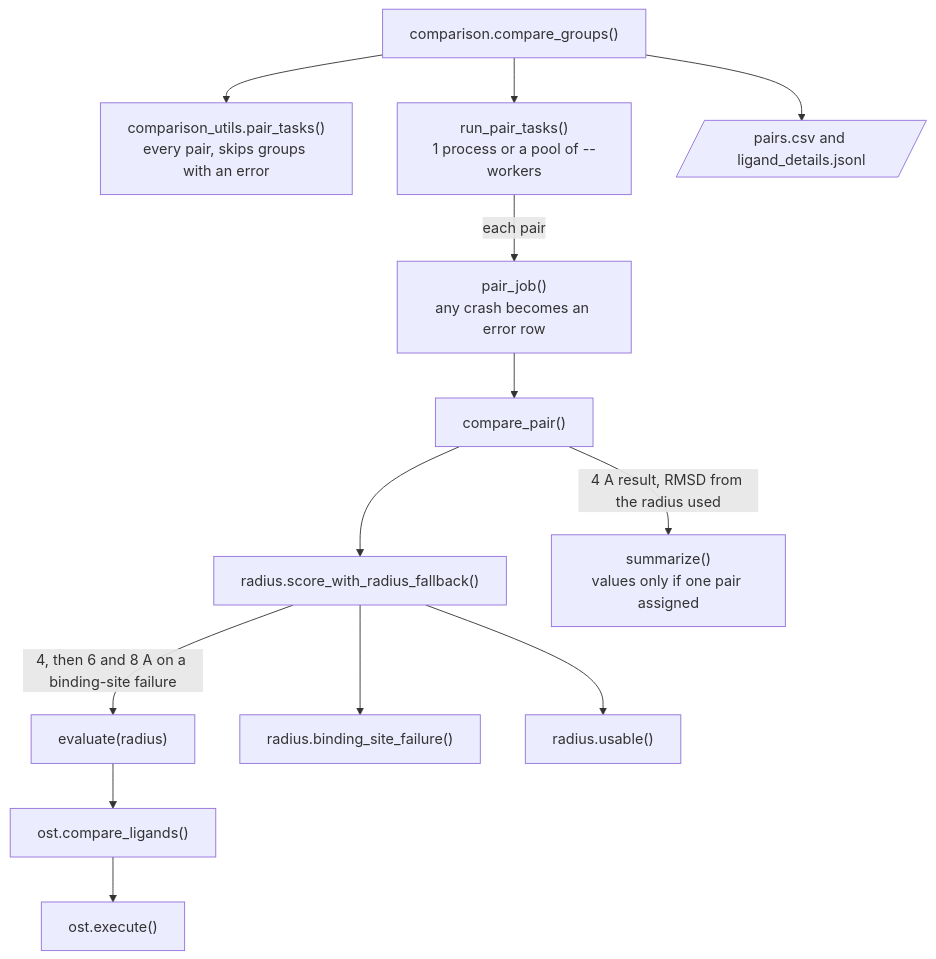
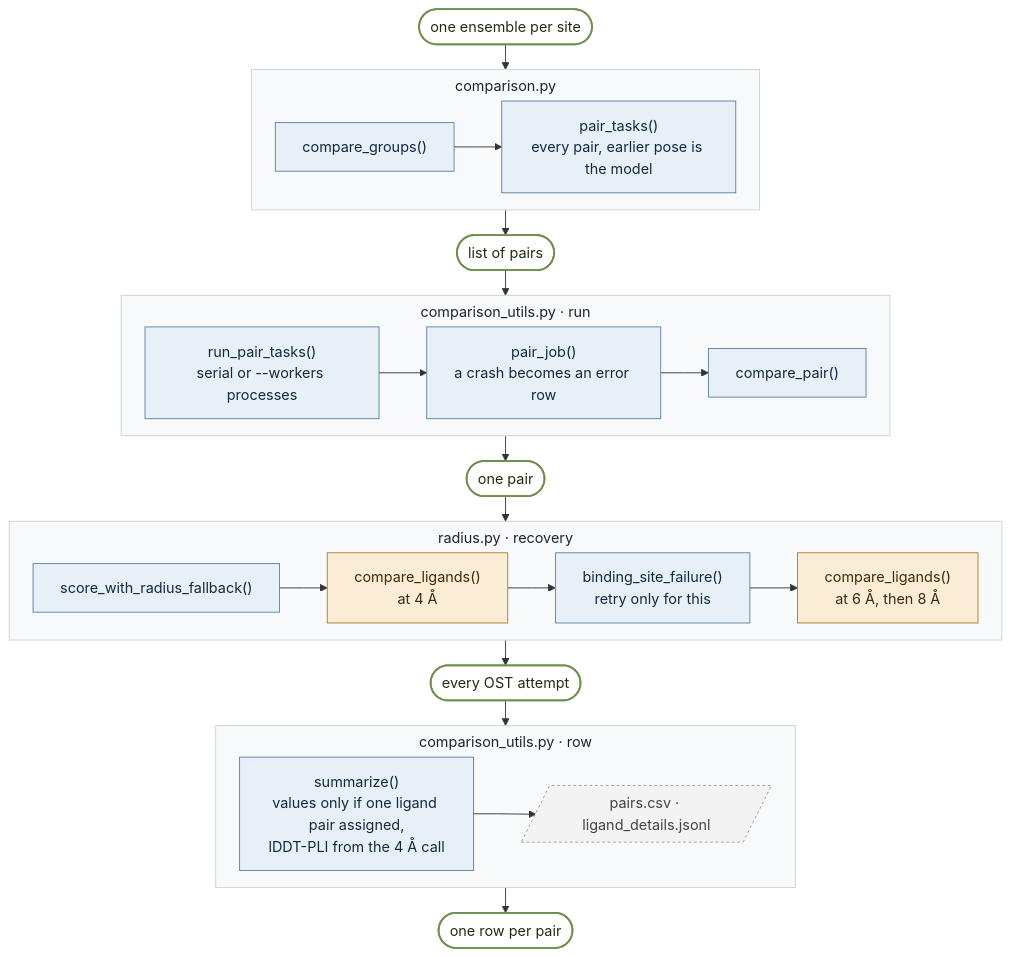
The sixth of 10 diagrams in docs/code-map.md (James-Broster/core-score), drawn with Mermaid before and after one commit. The commit also changed other lines of this file, not shown here.

First line of the commit message:
Redraw the code map as stage ladders

````diff
--- a/docs/code-map.md
+++ b/docs/code-map.md
@@ -213,15 +283,39 @@
 ```mermaid
-flowchart TD
-    cg["comparison.compare_groups()"] --> pt["comparison_utils.pair_tasks()<br/>every pair, skips groups with an error"]
-    cg --> rt["run_pair_tasks()<br/>1 process or a pool of --workers"]
-    rt -->|"each pair"| pj["pair_job()<br/>any crash becomes an error row"]
-    pj --> cpair["compare_pair()"]
-    cpair --> swr["radius.score_with_radius_fallback()"]
-    swr -->|"4, then 6 and 8 A on a binding-site failure"| evl["evaluate(radius)"]
-    evl --> cl["ost.compare_ligands()"]
-    cl --> ex["ost.execute()"]
-    swr --> bsf["radius.binding_site_failure()"]
-    swr --> us["radius.usable()"]
-    cpair -->|"4 A result, RMSD from the radius used"| sm["summarize()<br/>values only if one pair assigned"]
-    cg --> out[/"pairs.csv and ligand_details.jsonl"/]
+%%{init: {"flowchart": {"curve": "linear", "nodeSpacing": 18, "rankSpacing": 28, "subGraphTitleMargin": {"top": 6, "bottom": 10}}}}%%
+flowchart TB
+    classDef fn fill:#e7eff7,stroke:#5b7fa3,color:#13293d
+    classDef ost fill:#fbedd5,stroke:#b07a1e,color:#3d2a08
+    classDef data fill:#ffffff,stroke:#6f8f4e,color:#1f2d12,stroke-width:2px
+    classDef file fill:#f3f3f3,stroke:#9a9a9a,color:#444,stroke-dasharray:3 3
+    classDef stage fill:#f7f9fb,stroke:#c9d2dc,color:#1b2430
+
+    start(["one ensemble per site"]):::data
+
+    subgraph C1["comparison.py"]
+        direction LR
+        a1["compare_groups()"]:::fn --> a2["pair_tasks()<br/>every pair, earlier pose is the model"]:::fn
+    end
+    d1(["list of pairs"]):::data
+
+    subgraph C2["comparison_utils.py · run"]
+        direction LR
+        b1["run_pair_tasks()<br/>serial or --workers processes"]:::fn --> b2["pair_job()<br/>a crash becomes an error row"]:::fn --> b3["compare_pair()"]:::fn
+    end
+    d2(["one pair"]):::data
+
+    subgraph C3["radius.py · recovery"]
+        direction LR
+        c1["score_with_radius_fallback()"]:::fn --> c2["compare_ligands()<br/>at 4 Å"]:::ost --> c3["binding_site_failure()<br/>retry only for this"]:::fn --> c4["compare_ligands()<br/>at 6 Å, then 8 Å"]:::ost
+    end
+    d3(["every OST attempt"]):::data
+
+    subgraph C4["comparison_utils.py · row"]
+        direction LR
+        e1["summarize()<br/>values only if one ligand pair assigned,<br/>lDDT-PLI from the 4 Å call"]:::fn --> e2[/"pairs.csv · ligand_details.jsonl"/]:::file
+    end
+    d4(["one row per pair"]):::data
+
+    start --> C1 --> d1 --> C2 --> d2 --> C3 --> d3 --> C4 --> d4
+
+    class C1,C2,C3,C4 stage
 ```
````
